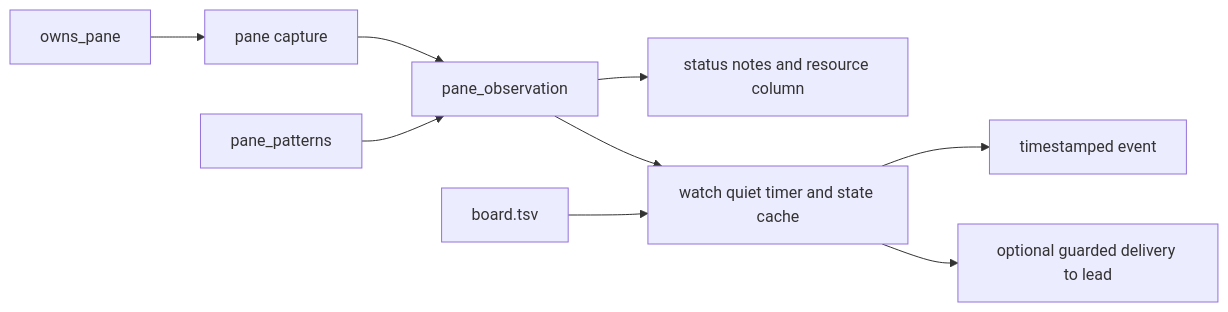
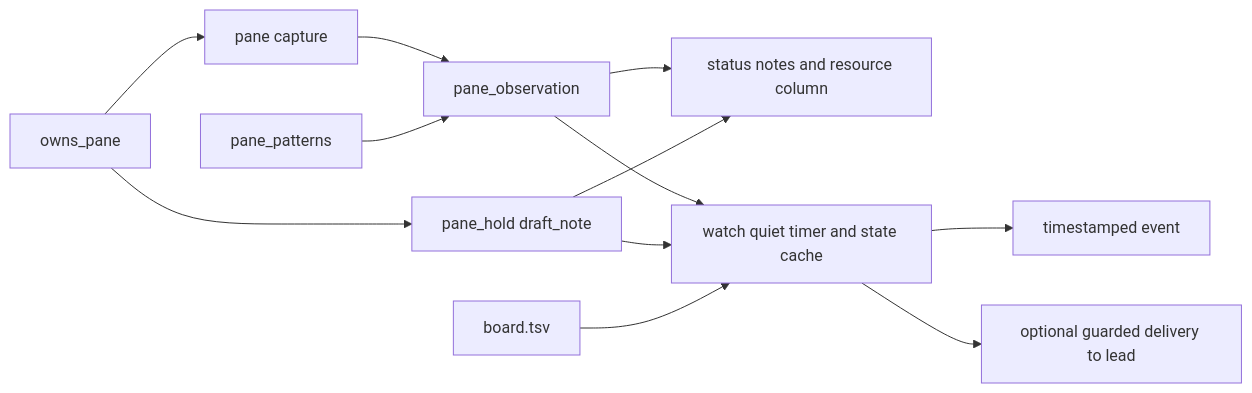
One commit to mifwar/crew changed the diagram in lode/cli/watch.md. Above: the diagram before and after it, drawn with Mermaid. The commit also changed other lines of this file and 6 other files, not shown here.

````diff
--- a/lode/cli/watch.md
+++ b/lode/cli/watch.md
@@ -41,10 +45,13 @@
 ```mermaid
 flowchart LR
   owned[owns_pane] --> capture[pane capture] --> observe[pane_observation]
   table[pane_patterns] --> observe
+  owned --> hold[pane_hold draft_note]
   observe --> status[status notes and resource column]
+  hold --> status
   observe --> quiet[watch quiet timer and state cache]
+  hold --> quiet
   board[board.tsv] --> quiet
   quiet --> stdout[timestamped event]
   quiet --> deliver[optional guarded delivery to lead]
 ```
````
